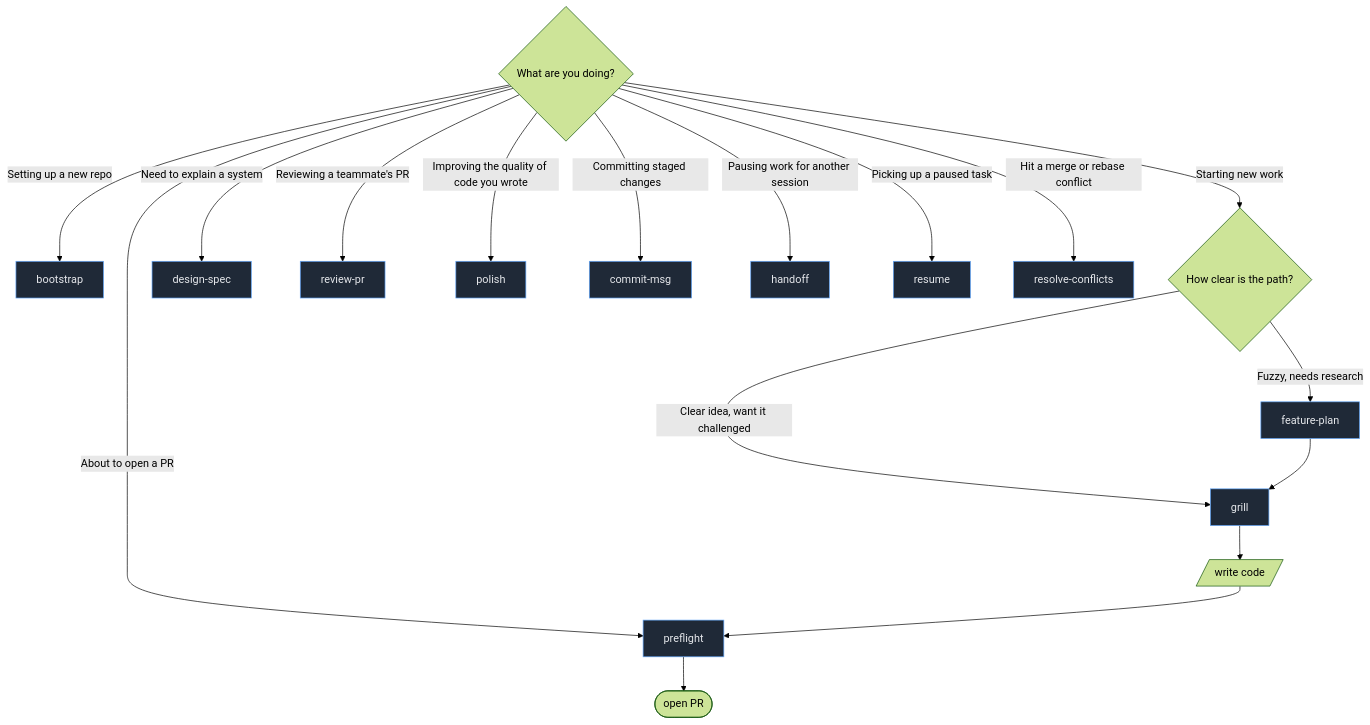
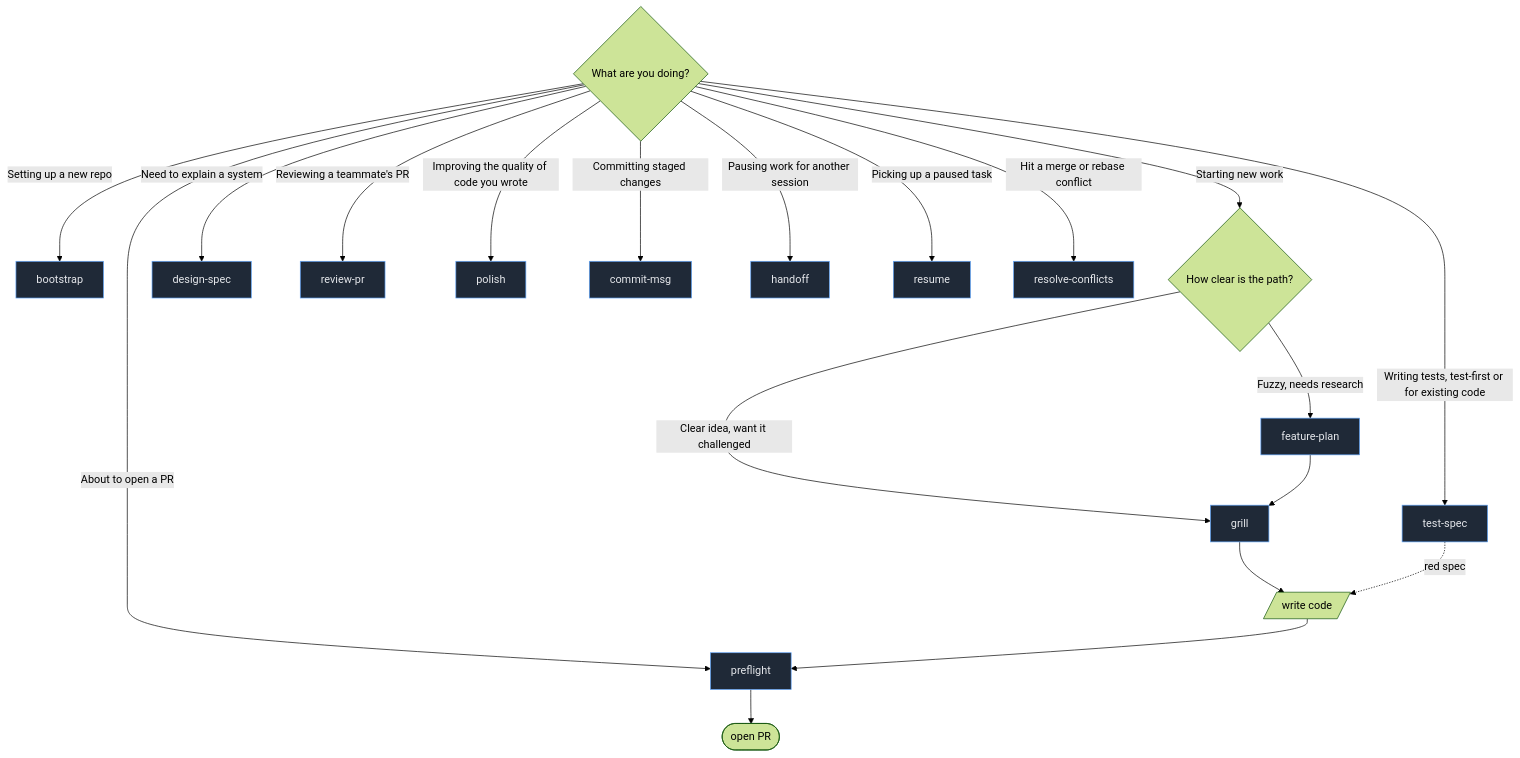
Before and after one commit to powerslider/nitpickle: the second of 5 diagrams in README.md, drawn with Mermaid (forest theme). The commit also changed other lines of this file and 12 other files, not shown here.

First line of the commit message:
feat(test-spec): add proof-driven test authorship skill

````diff
--- a/README.md
+++ b/README.md
@@ -172,24 +176,26 @@
 ```mermaid
 flowchart TD
     Q{What are you doing?}
     Q -->|Setting up a new repo| IN[bootstrap]
     Q -->|Starting new work| A{How clear is the path?}
     A -->|Fuzzy, needs research| FP[feature-plan]
     A -->|Clear idea, want it challenged| GR[grill]
     Q -->|Need to explain a system| DS[design-spec]
     Q -->|About to open a PR| PF[preflight]
     Q -->|Reviewing a teammate's PR| RV[review-pr]
     Q -->|Improving the quality of code you wrote| PL[polish]
+    Q -->|Writing tests, test-first or for existing code| TS[test-spec]
     Q -->|Committing staged changes| CM[commit-msg]
     Q -->|Pausing work for another session| HO[handoff]
     Q -->|Picking up a paused task| RE[resume]
     Q -->|Hit a merge or rebase conflict| RC[resolve-conflicts]
 
     FP --> GR
     GR --> code[/write code/]
+    TS -.->|red spec| code
     code --> PF
     PF --> open([open PR])
 
     classDef s fill:#1f2937,stroke:#60a5fa,color:#e5e7eb
-    class IN,FP,GR,DS,PF,RV,PL,CM,HO,RE,RC s
+    class IN,FP,GR,DS,PF,RV,PL,TS,CM,HO,RE,RC s
 ```
````
